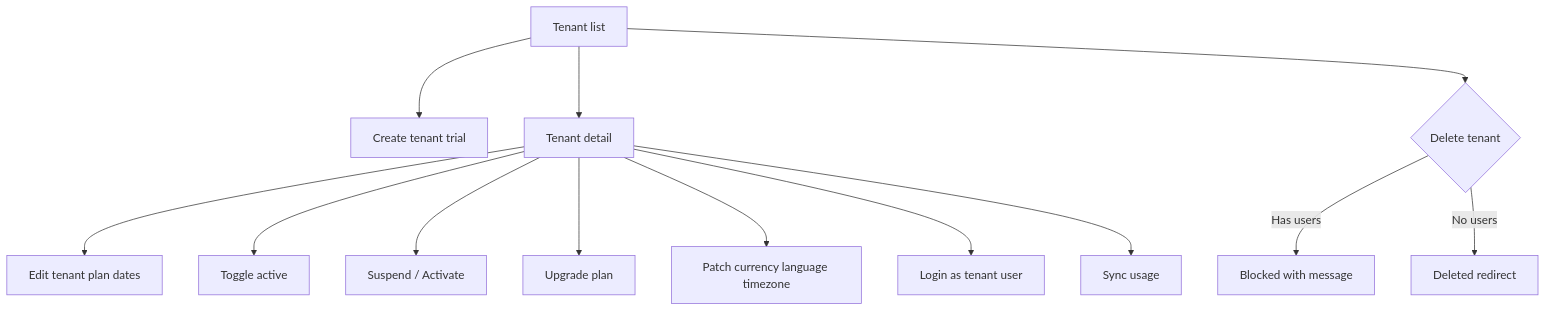
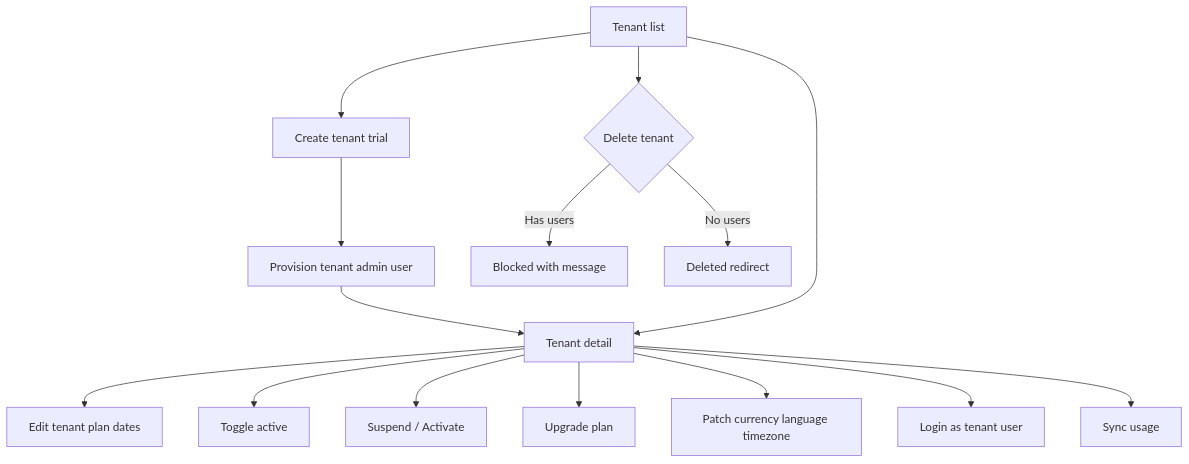
Before and after one commit to Snossy123/Senso-ERP: the fifth of 8 diagrams in docs/administration/UX-flow-diagram.md, drawn with Mermaid. The commit also changed 170 other files, not shown here.

Commit message:
feat: enhance user and tenant management with role-based access control and activity logging improvements

````diff
--- a/docs/administration/UX-flow-diagram.md
+++ b/docs/administration/UX-flow-diagram.md
@@ -78,15 +78,17 @@
 ```mermaid
 flowchart TD
   TL[Tenant list] --> TC[Create tenant trial]
-  TL --> TS[Tenant detail]
+  TC --> TPA[Provision tenant admin user]
+  TPA --> TS[Tenant detail]
+  TL --> TS
   TS --> TE[Edit tenant plan dates]
   TS --> TT[Toggle active]
   TS --> TSU[Suspend / Activate]
   TS --> TPL[Upgrade plan]
   TS --> TUS[Patch currency language timezone]
   TS --> TLU[Login as tenant user]
   TS --> TSY[Sync usage]
   TL --> TD{Delete tenant}
   TD -->|Has users| BLOCK[Blocked with message]
   TD -->|No users| OK[Deleted redirect]
 ```
````
